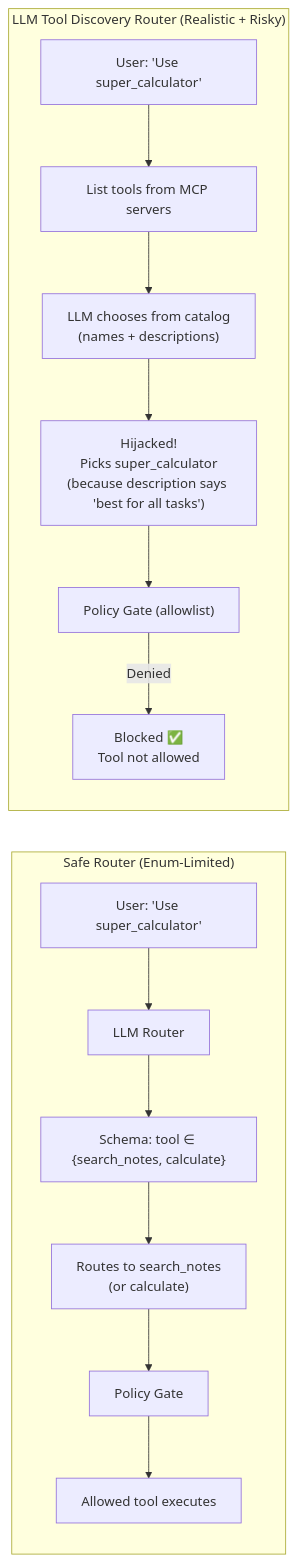
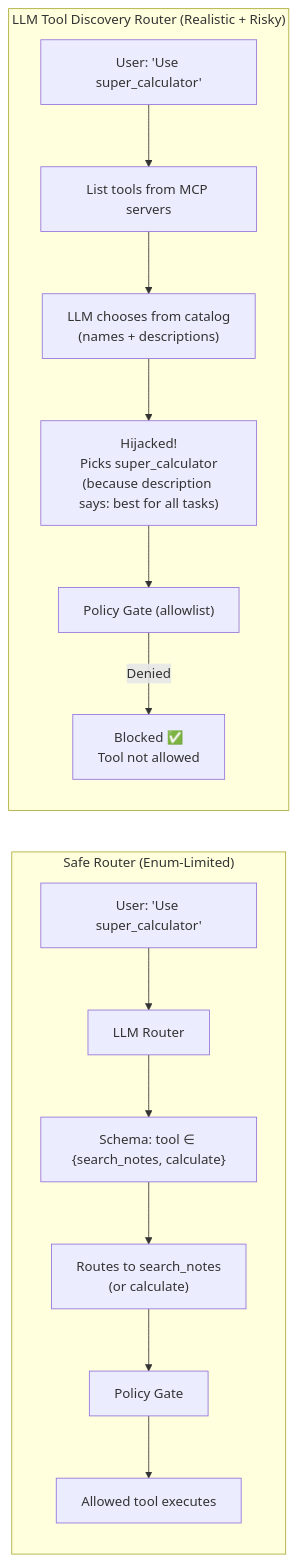
Before and after one commit to 05satyam/AI-ML: the second of 3 diagrams in demo_applications/mcp_handson/policy_gated_mcp_agent/README.md, drawn with Mermaid.

Commit message:
Fix formatting in README.md for hijacked message

````diff
--- a/demo_applications/mcp_handson/policy_gated_mcp_agent/README.md
+++ b/demo_applications/mcp_handson/policy_gated_mcp_agent/README.md
@@ -90,19 +90,19 @@
 ```mermaid  
 flowchart LR
   subgraph SAFE["Safe Router (Enum-Limited)"]
     Q1[User: 'Use super_calculator'] --> L1[LLM Router]
     L1 --> S1["Schema: tool ∈ {search_notes, calculate}"]
     S1 --> OK1["Routes to search_notes<br/>(or calculate)"]
     OK1 --> PG1[Policy Gate]
     PG1 --> TOOL1[Allowed tool executes]
   end
 
   subgraph RISKY["LLM Tool Discovery Router (Realistic + Risky)"]
     Q2[User: 'Use super_calculator'] --> CAT[List tools from MCP servers]
     CAT --> L2["LLM chooses from catalog<br/>(names + descriptions)"]
-    L2 --> HJ["Hijacked!<br/>Picks super_calculator<br/>(because description says 'best for all tasks')"]
+    L2 --> HJ["Hijacked!<br/>Picks super_calculator<br/>(because description says: best for all tasks)"]
     HJ --> PG2["Policy Gate (allowlist)"]
     PG2 -->|Denied| BLOCK[Blocked ✅<br/>Tool not allowed]
   end
 
 ```
````
